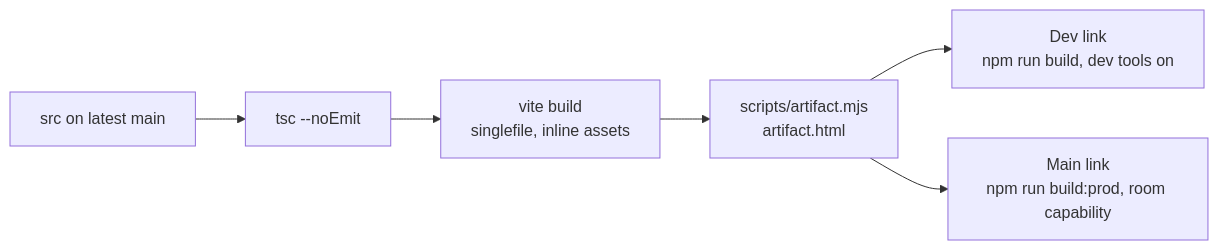
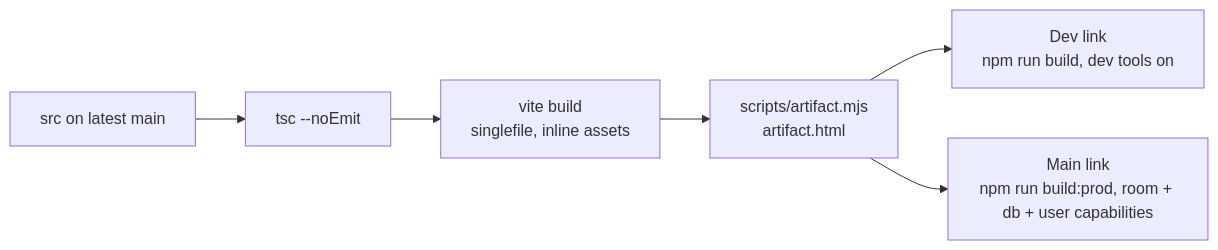
Before and after one commit to WesleyT4N/spell-vs-steel: the tenth of 11 diagrams in docs/ARCHITECTURE.md, drawn with Mermaid. The commit also changed other lines of this file, not shown here.

First line of the commit message:
Refresh architecture doc for main 36deaa9: online services, replays, CI, arcade

````diff
--- a/docs/ARCHITECTURE.md
+++ b/docs/ARCHITECTURE.md
@@ -267,6 +298,6 @@
 ```mermaid
 flowchart LR
   src[src on latest main] --> tsc[tsc --noEmit] --> vite["vite build<br/>singlefile, inline assets"] --> page["scripts/artifact.mjs<br/>artifact.html"]
   page --> dev["Dev link<br/>npm run build, dev tools on"]
-  page --> prod["Main link<br/>npm run build:prod, room capability"]
+  page --> prod["Main link<br/>npm run build:prod, room + db + user capabilities"]
 ```
````
